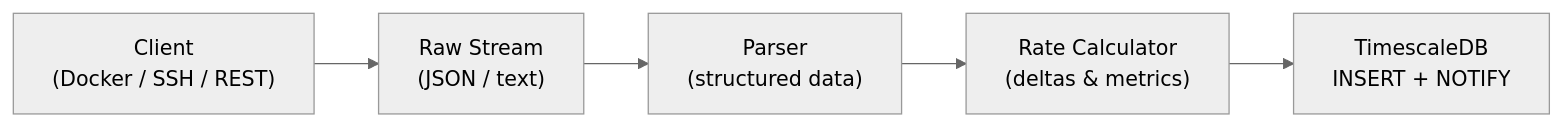
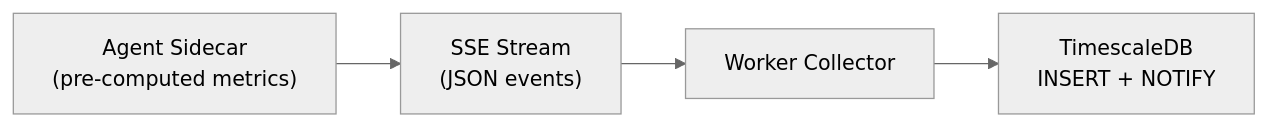
The second of 5 diagrams in docs/architecture.md (jaredglaser/homelab-manager), drawn with Mermaid (neutral theme) before and after one commit. The commit also changed other lines of this file and 6 other files, not shown here.

First line of the commit message:
docs: update all markdown documentation for agent-based architecture

````diff
--- a/docs/architecture.md
+++ b/docs/architecture.md
@@ -54,10 +63,9 @@
 ```mermaid
 flowchart LR
-    CL["Client<br/>(Docker / SSH / REST)"]
-    RS["Raw Stream<br/>(JSON / text)"]
-    PA["Parser<br/>(structured data)"]
-    RC["Rate Calculator<br/>(deltas & metrics)"]
+    Agent["Agent Sidecar<br/>(pre-computed metrics)"]
+    SSE["SSE Stream<br/>(JSON events)"]
+    WK["Worker Collector"]
     DB["TimescaleDB<br/>INSERT + NOTIFY"]
 
-    CL --> RS --> PA --> RC --> DB
+    Agent --> SSE --> WK --> DB
 ```
````
